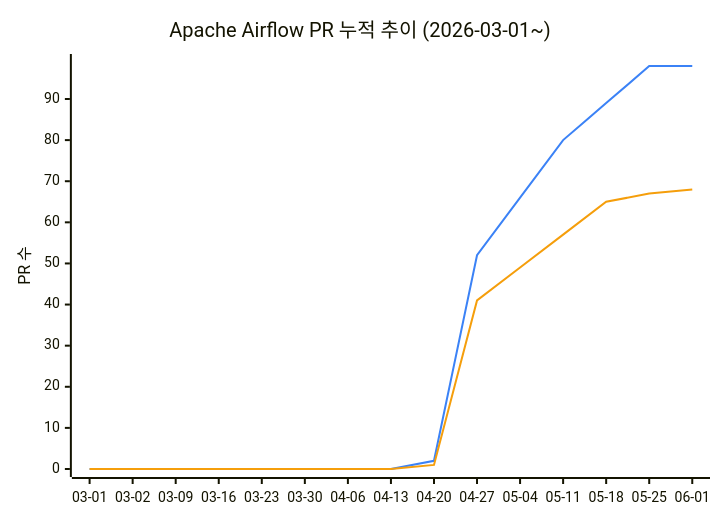
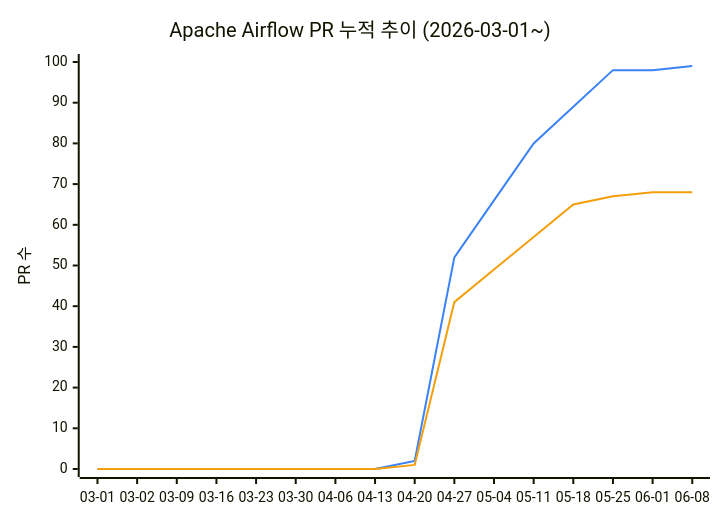
The diagram in README.md (AirflowKorea/ossca), drawn with Mermaid before and after one commit. The commit also changed other lines of this file, not shown here.

Commit message:
chore: update PR stats (2026-06-08 22:43 UTC)

````diff
--- a/README.md
+++ b/README.md
@@ -11,9 +11,9 @@
 ```mermaid
 %%{init: {"themeVariables": {"xyChart": {"plotColorPalette": "#3b82f6, #f59e0b"}}}}%%
 xychart-beta
     title "Apache Airflow PR 누적 추이 (2026-03-01~)"
-    x-axis ["03-01", "03-02", "03-09", "03-16", "03-23", "03-30", "04-06", "04-13", "04-20", "04-27", "05-04", "05-11", "05-18", "05-25", "06-01"]
-    y-axis "PR 수" 0 --> 99
-    line [0, 0, 0, 0, 0, 0, 0, 0, 2, 52, 66, 80, 89, 98, 98]
-    line [0, 0, 0, 0, 0, 0, 0, 0, 1, 41, 49, 57, 65, 67, 68]
+    x-axis ["03-01", "03-02", "03-09", "03-16", "03-23", "03-30", "04-06", "04-13", "04-20", "04-27", "05-04", "05-11", "05-18", "05-25", "06-01", "06-08"]
+    y-axis "PR 수" 0 --> 100
+    line [0, 0, 0, 0, 0, 0, 0, 0, 2, 52, 66, 80, 89, 98, 98, 99]
+    line [0, 0, 0, 0, 0, 0, 0, 0, 1, 41, 49, 57, 65, 67, 68, 68]
 ```
````
